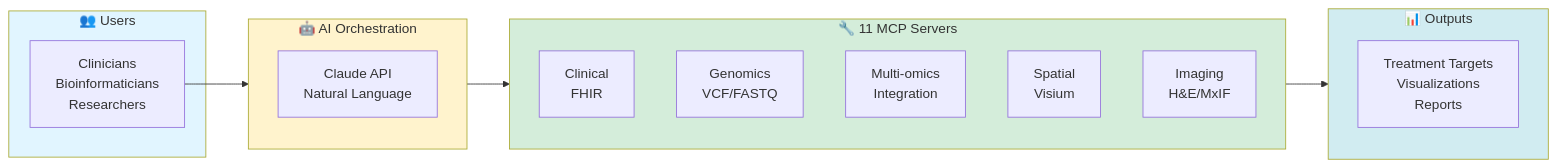
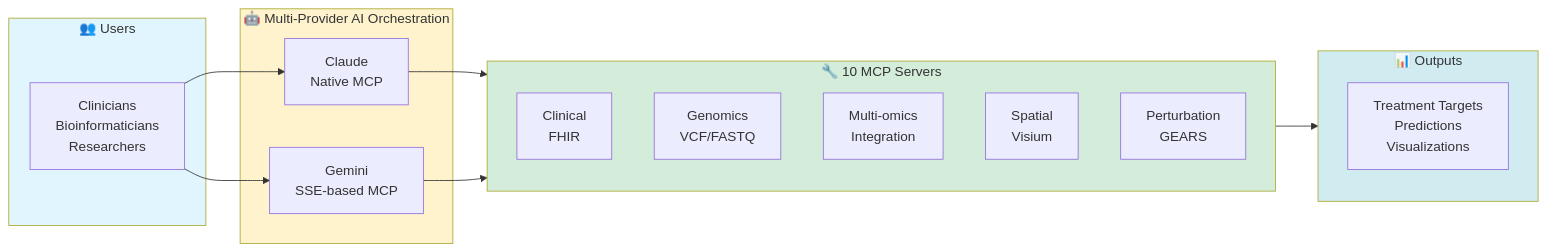
One commit to aaronmeis/precision-medicine-mcp changed the diagram in README.md. Above: the diagram before and after it, drawn with Mermaid. The commit also changed other lines of this file, not shown here.

Commit message:
Update main README with multi-provider architecture and accurate server count
This commit updates the main repository README to reflect:

1. Accurate server count (11 → 10)
   - Updated tagline to show "10 specialized MCP servers"
   - Updated mermaid diagram: "11 MCP Servers" → "10 MCP Servers"

2. Multi-provider support
   - Added "Multi-provider AI (Claude + Gemini)" to tagline
   - Updated system overview diagram to show both Claude and Gemini paths
   - Claude: Native MCP support
   - Gemini: SSE-based MCP integration

3. Enhanced diagram
   - Split AI orchestration to show dual provider paths
   - Added Perturbation (GEARS) server to example servers
   - Updated outputs to include "Predictions" (treatment response)
   - Both providers connect to same 10 MCP servers

Diagram now accurately reflects the current architecture:
- Users → Multi-provider AI (Claude or Gemini)
- AI → 10 MCP Servers (4 production, 6 mock)
- Servers → Treatment targets, predictions, visualizations

Consistent with updates made to ui/streamlit-app documentation.

🤖 Generated with [Claude Code](https://claude.com/claude-code)

````diff
--- a/README.md
+++ b/README.md
@@ -38,31 +38,34 @@
 ```mermaid
 graph LR
     subgraph Users["👥 Users"]
         U[Clinicians<br/>Bioinformaticians<br/>Researchers]
     end
 
-    subgraph AI["🤖 AI Orchestration"]
-        CLAUDE[Claude API<br/>Natural Language]
+    subgraph AI["🤖 Multi-Provider AI Orchestration"]
+        CLAUDE[Claude<br/>Native MCP]
+        GEMINI[Gemini<br/>SSE-based MCP]
     end
 
-    subgraph Servers["🔧 11 MCP Servers"]
+    subgraph Servers["🔧 10 MCP Servers"]
         S1[Clinical<br/>FHIR]
         S2[Genomics<br/>VCF/FASTQ]
         S3[Multi-omics<br/>Integration]
         S4[Spatial<br/>Visium]
-        S5[Imaging<br/>H&E/MxIF]
+        S5[Perturbation<br/>GEARS]
     end
 
     subgraph Output["📊 Outputs"]
-        O[Treatment Targets<br/>Visualizations<br/>Reports]
+        O[Treatment Targets<br/>Predictions<br/>Visualizations]
     end
 
-    U --> AI
-    AI --> Servers
+    U --> CLAUDE
+    U --> GEMINI
+    CLAUDE --> Servers
+    GEMINI --> Servers
     Servers --> Output
 
     style Users fill:#e1f5ff
     style AI fill:#fff3cd
     style Servers fill:#d4edda
     style Output fill:#d1ecf1
 ```
````
